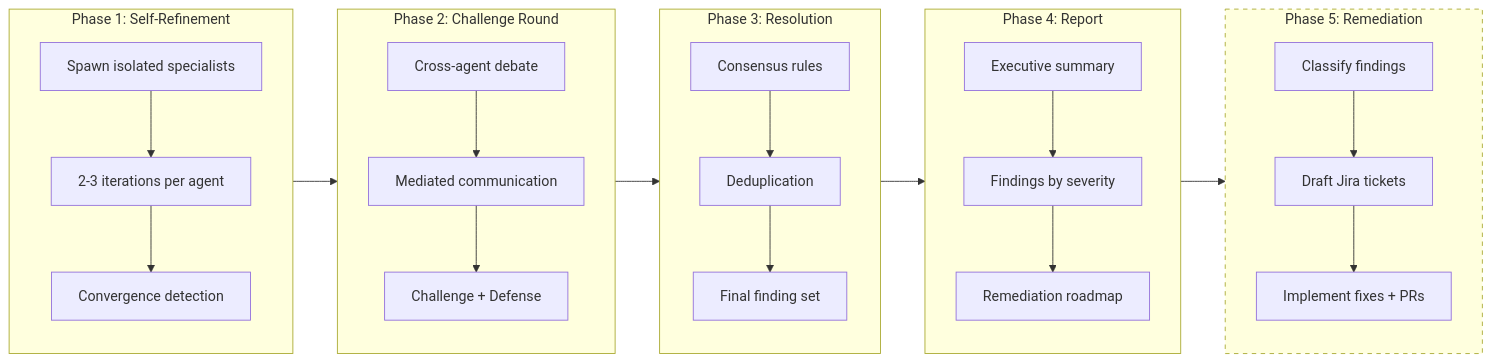
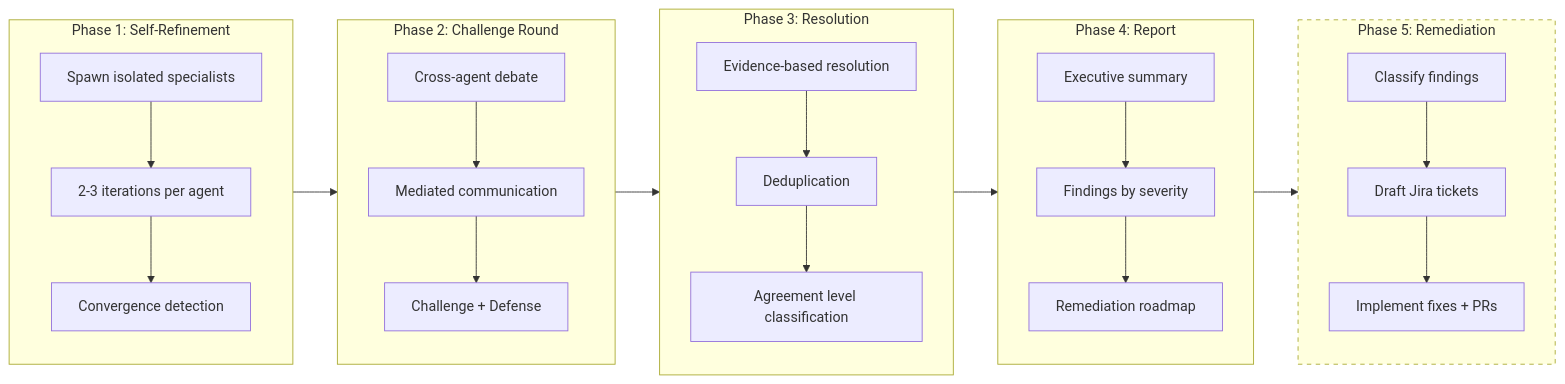
The first of 6 diagrams in README.md (ugiordan/adversarial-reviewing), drawn with Mermaid before and after one commit. The commit also changed other lines of this file and 21 other files, not shown here.

First line of the commit message:
feat: add local context cache and evidence-based resolution

````diff
--- a/README.md
+++ b/README.md
@@ -9,46 +9,46 @@
 ```mermaid
 flowchart LR
     subgraph Phase1["Phase 1: Self-Refinement"]
         direction TB
         A1["Spawn isolated specialists"]
         A2["2-3 iterations per agent"]
         A3["Convergence detection"]
         A1 --> A2 --> A3
     end
 
     subgraph Phase2["Phase 2: Challenge Round"]
         direction TB
         B1["Cross-agent debate"]
         B2["Mediated communication"]
         B3["Challenge + Defense"]
         B1 --> B2 --> B3
     end
 
     subgraph Phase3["Phase 3: Resolution"]
         direction TB
-        C1["Consensus rules"]
+        C1["Evidence-based resolution"]
         C2["Deduplication"]
-        C3["Final finding set"]
+        C3["Agreement level classification"]
         C1 --> C2 --> C3
     end
 
     subgraph Phase4["Phase 4: Report"]
         direction TB
         D1["Executive summary"]
         D2["Findings by severity"]
         D3["Remediation roadmap"]
         D1 --> D2 --> D3
     end
 
     subgraph Phase5["Phase 5: Remediation"]
         direction TB
         E1["Classify findings"]
         E2["Draft Jira tickets"]
         E3["Implement fixes + PRs"]
         E1 --> E2 --> E3
     end
 
     Phase1 --> Phase2 --> Phase3 --> Phase4 --> Phase5
 
     style Phase5 stroke-dasharray: 5 5
 ```
````
